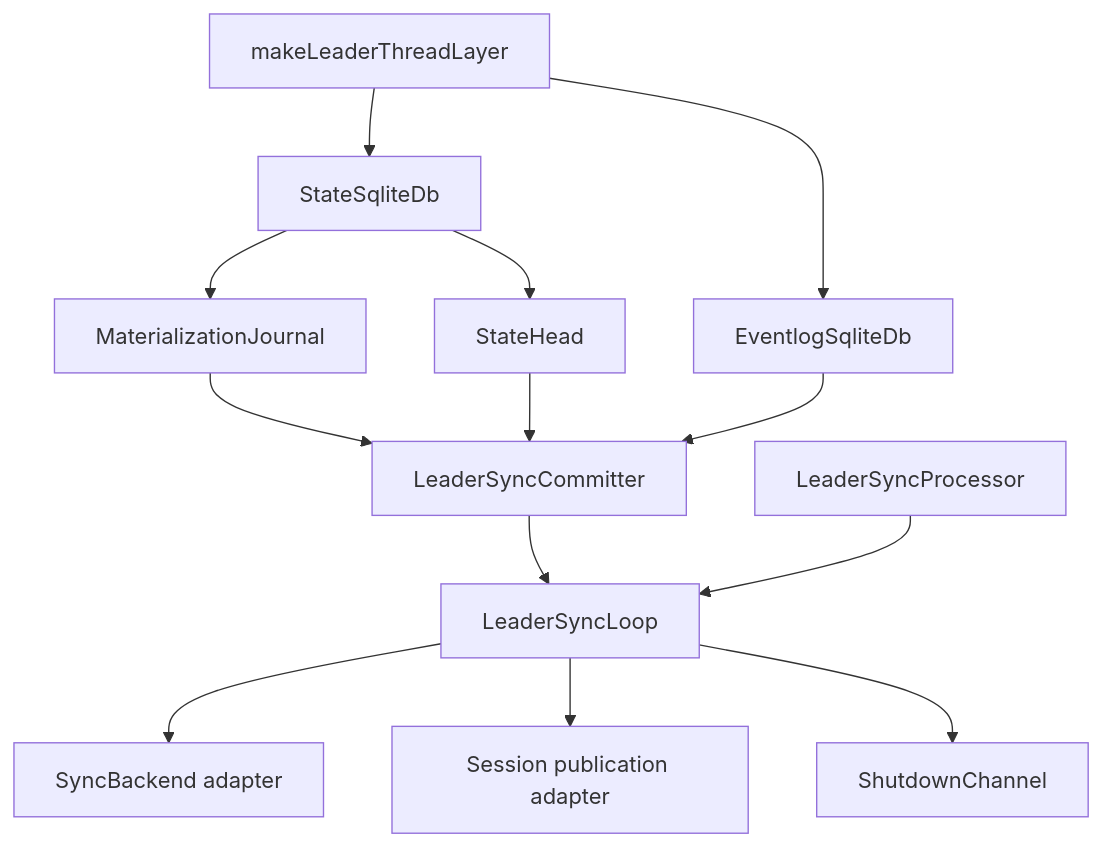
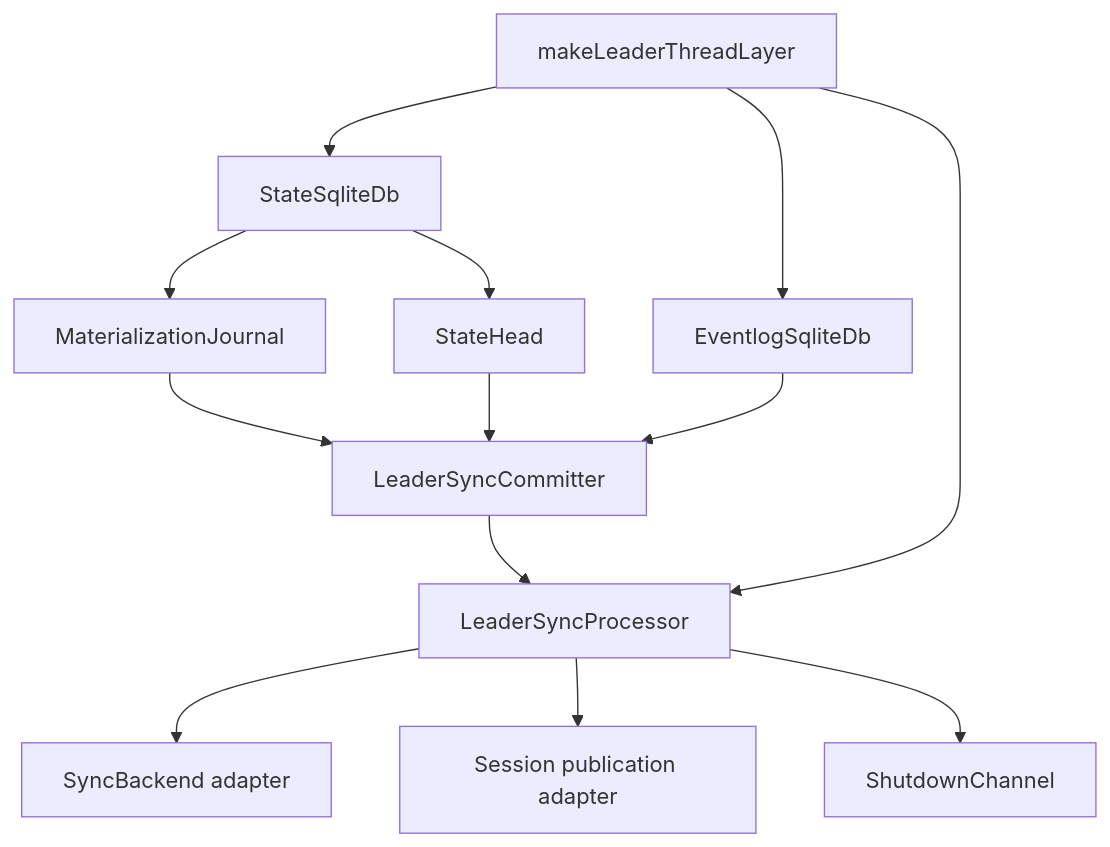
One commit to slashv/livestore changed the third of 3 diagrams in contributor-docs/rfcs/0003-leader-sync-state-machine.md. Above: the diagram before and after it, drawn with Mermaid. The commit also changed 4 other files, not shown here.

Commit message:
refactor(common): fold leader sync loop into processor

````diff
--- a/contributor-docs/rfcs/0003-leader-sync-state-machine.md
+++ b/contributor-docs/rfcs/0003-leader-sync-state-machine.md
@@ -105,15 +105,15 @@
 ```mermaid
 flowchart TB
   LeaderLayer[makeLeaderThreadLayer] --> StateDb[StateSqliteDb]
   LeaderLayer --> EventlogDb[EventlogSqliteDb]
   StateDb --> Journal[MaterializationJournal]
   StateDb --> StateHead[StateHead]
   Journal --> Committer[LeaderSyncCommitter]
   StateHead --> Committer
   EventlogDb --> Committer
-  Committer --> Loop[LeaderSyncLoop]
-  Processor[LeaderSyncProcessor] --> Loop
-  Loop --> Provider[SyncBackend adapter]
-  Loop --> SessionQueues[Session publication adapter]
-  Loop --> Shutdown[ShutdownChannel]
+  Committer --> Processor[LeaderSyncProcessor]
+  LeaderLayer --> Processor
+  Processor --> Provider[SyncBackend adapter]
+  Processor --> SessionQueues[Session publication adapter]
+  Processor --> Shutdown[ShutdownChannel]
 ```
````
